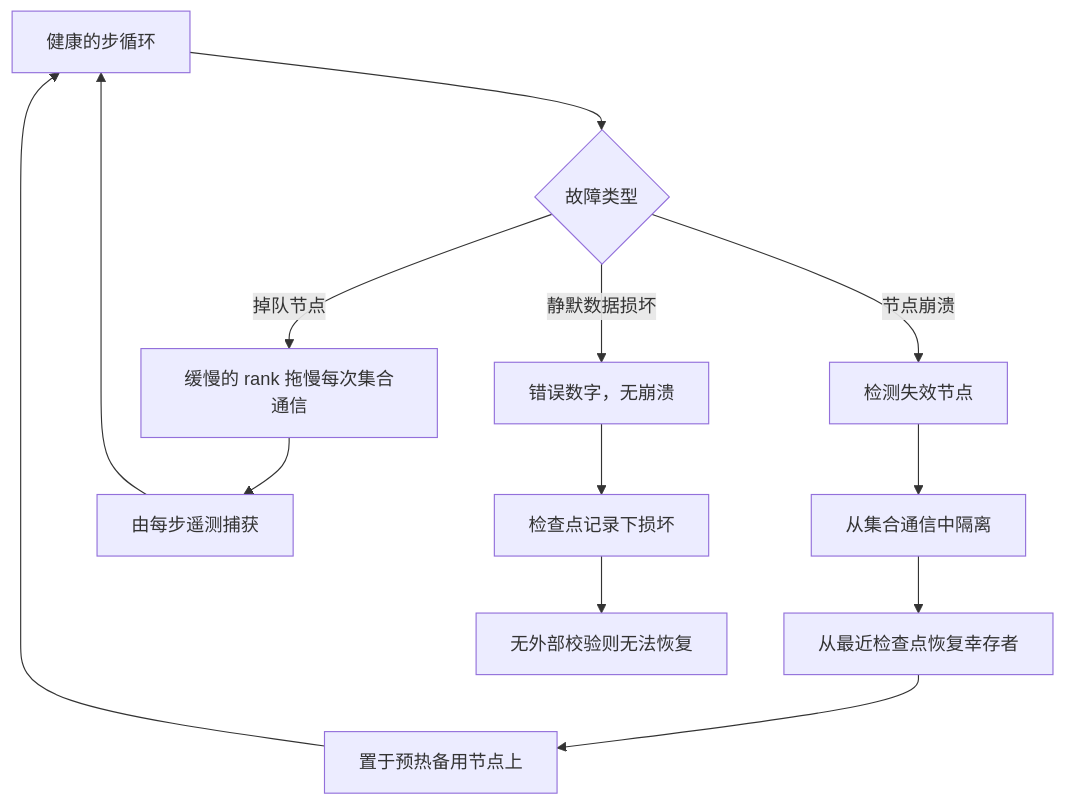
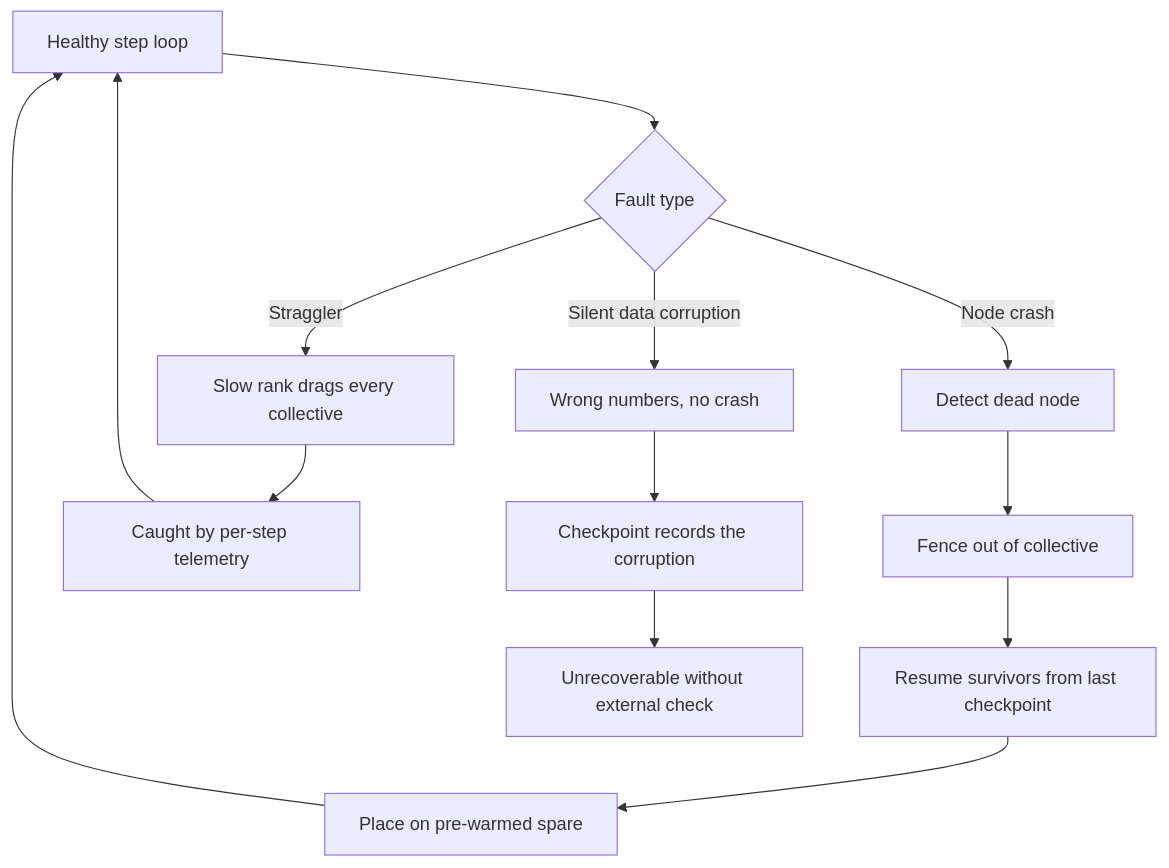
The first of 3 diagrams in zh/p7-infrastructure/31-orchestration-data-infra.qmd (latere-ai/ai-as-an-infrastructure), drawn with Mermaid before and after one commit. The commit also changed other lines of this file and 106 other files, not shown here.

````diff
--- a/zh/p7-infrastructure/31-orchestration-data-infra.qmd
+++ b/zh/p7-infrastructure/31-orchestration-data-infra.qmd
@@ -93,17 +57,17 @@
 ```{mermaid}
 %%| label: fig-orchestration-recovery
 %%| fig-cap: "一次干净的崩溃被捕获并路由到在备用容量上的弹性重启。那些不会干净崩溃的故障逃出这条路径，必须由可观测性捕获，而对静默损坏而言，则无法从任何检查点恢复。"
 flowchart TD
-  H["健康的步循环"] --> F{"故障类型"}
-  F -->|节点崩溃| D["检测失效节点"]
-  D --> N["从集合通信中隔离"]
-  N --> R["从最近检查点恢复幸存者"]
-  R --> W["置于预热备用节点上"]
+  H["Healthy step loop"] --> F{"Fault type"}
+  F -->|Node crash| D["Detect dead node"]
+  D --> N["Fence out of collective"]
+  N --> R["Resume survivors from last checkpoint"]
+  R --> W["Place on pre-warmed spare"]
   W --> H
-  F -->|掉队节点| SL["缓慢的 rank 拖慢每次集合通信"]
-  SL --> O["由每步遥测捕获"]
+  F -->|Straggler| SL["Slow rank drags every collective"]
+  SL --> O["Caught by per-step telemetry"]
   O --> H
-  F -->|静默数据损坏| SC["错误数字，无崩溃"]
-  SC --> X["检查点记录下损坏"]
-  X --> U["无外部校验则无法恢复"]
+  F -->|Silent data corruption| SC["Wrong numbers, no crash"]
+  SC --> X["Checkpoint records the corruption"]
+  X --> U["Unrecoverable without external check"]
 ```
````
